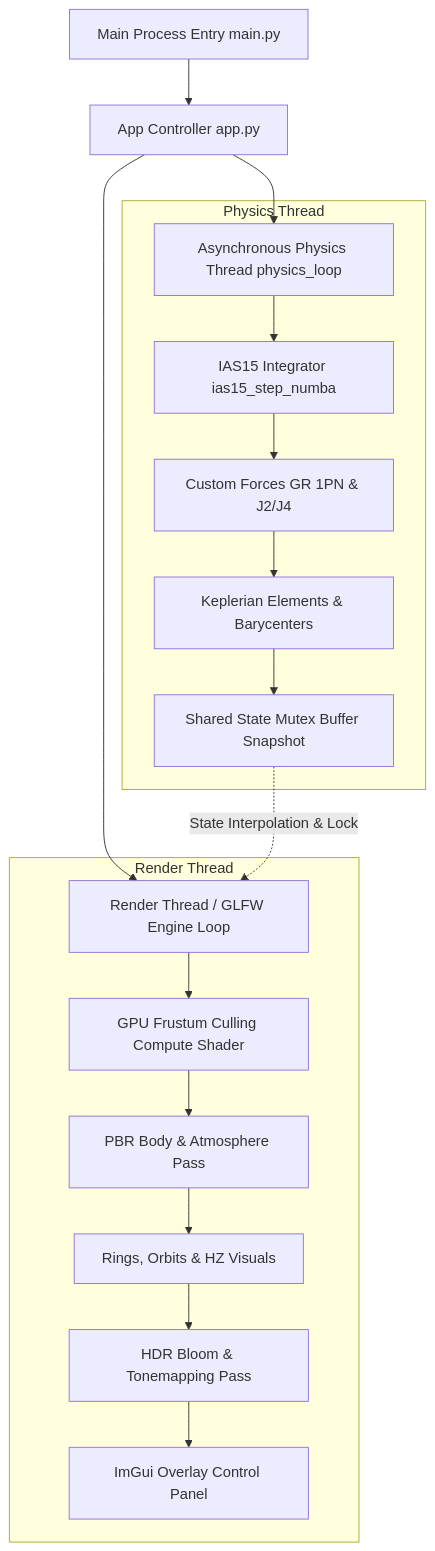
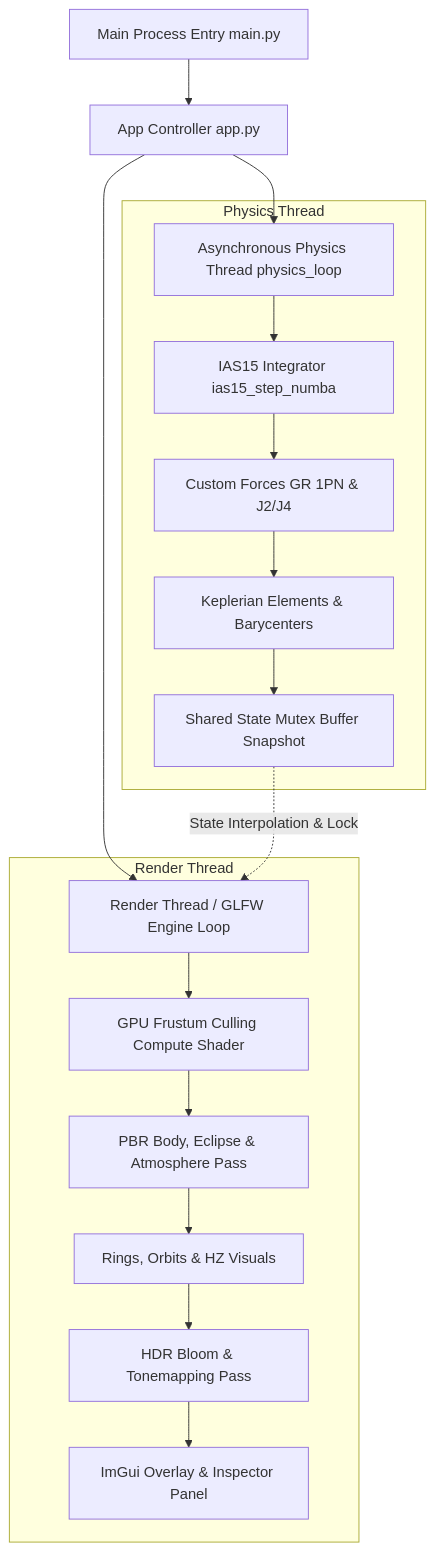
Before and after one commit to JustNoetic/Stellar-Forge: the diagram in README.md, drawn with Mermaid. The commit also changed other lines of this file and 6 other files, not shown here.

````diff
--- a/README.md
+++ b/README.md
@@ -52,23 +194,23 @@
 ```mermaid
 graph TD
     A[Main Process Entry main.py] --> B[App Controller app.py]
     B --> C[Render Thread / GLFW Engine Loop]
     B --> D[Asynchronous Physics Thread physics_loop]
     
     subgraph Physics Thread
         D --> E[IAS15 Integrator ias15_step_numba]
         E --> F[Custom Forces GR 1PN & J2/J4]
         F --> G[Keplerian Elements & Barycenters]
         G --> H[Shared State Mutex Buffer Snapshot]
     end
     
     subgraph Render Thread
         C --> I[GPU Frustum Culling Compute Shader]
-        I --> J[PBR Body & Atmosphere Pass]
+        I --> J[PBR Body, Eclipse & Atmosphere Pass]
         J --> K[Rings, Orbits & HZ Visuals]
         K --> L[HDR Bloom & Tonemapping Pass]
-        L --> M[ImGui Overlay Control Panel]
+        L --> M[ImGui Overlay & Inspector Panel]
     end
     
     H -.->|State Interpolation & Lock| C
 ```
````
